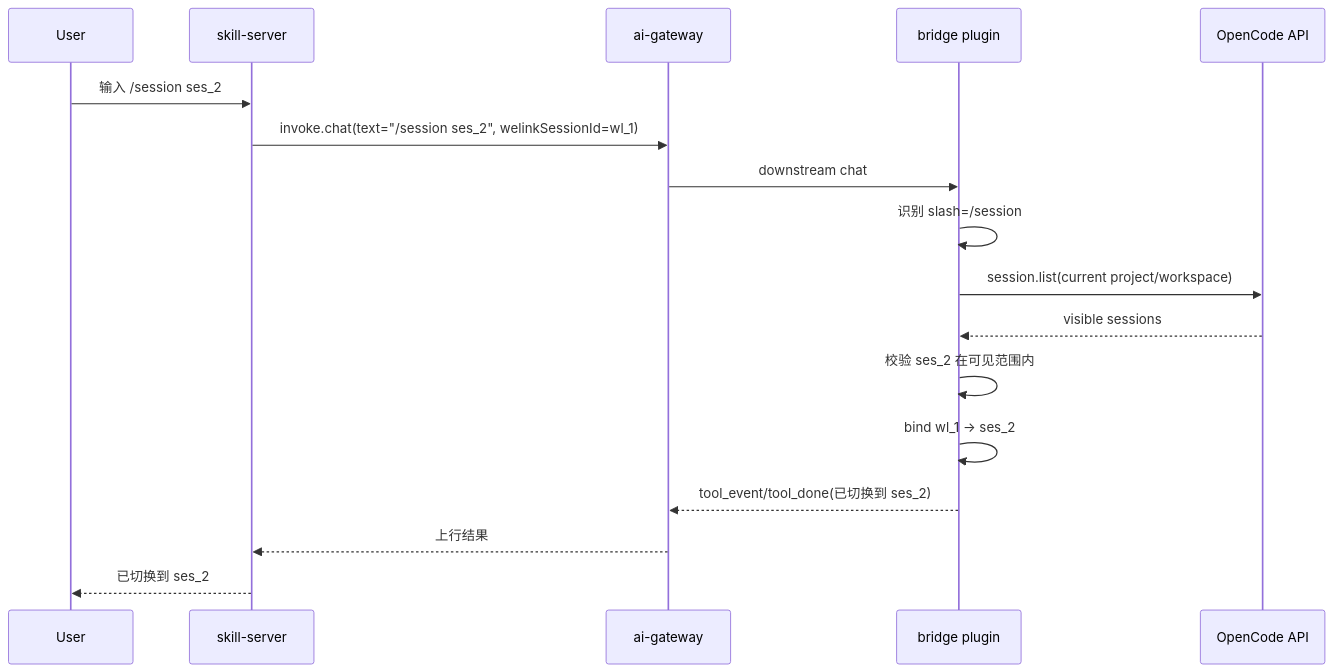
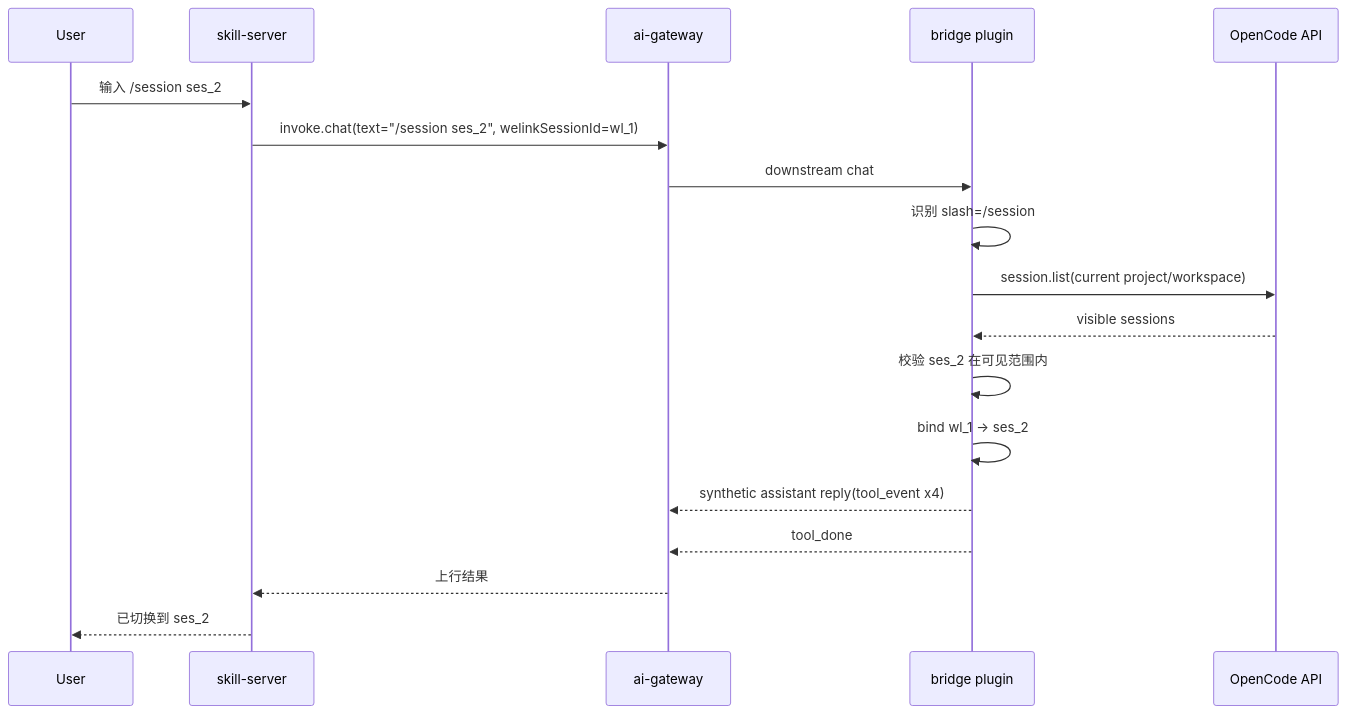
The third of 15 diagrams in docs/design/message-bridge-slash-commands-solution.md (yuzhangCZ/agent-plugin), drawn with Mermaid before and after one commit. The commit also changed other lines of this file and 12 other files, not shown here.

````diff
--- a/docs/design/message-bridge-slash-commands-solution.md
+++ b/docs/design/message-bridge-slash-commands-solution.md
@@ -606,20 +644,21 @@
 ```mermaid
 sequenceDiagram
   participant U as User
   participant SS as skill-server
   participant GW as ai-gateway
   participant MB as bridge plugin
   participant OC as OpenCode API
 
   U->>SS: 输入 /session ses_2
   SS->>GW: invoke.chat(text="/session ses_2", welinkSessionId=wl_1)
   GW->>MB: downstream chat
   MB->>MB: 识别 slash=/session
   MB->>OC: session.list(current project/workspace)
   OC-->>MB: visible sessions
   MB->>MB: 校验 ses_2 在可见范围内
   MB->>MB: bind wl_1 -> ses_2
-  MB-->>GW: tool_event/tool_done(已切换到 ses_2)
+  MB-->>GW: synthetic assistant reply(tool_event x4)
+  MB-->>GW: tool_done
   GW-->>SS: 上行结果
   SS-->>U: 已切换到 ses_2
 ```
````
